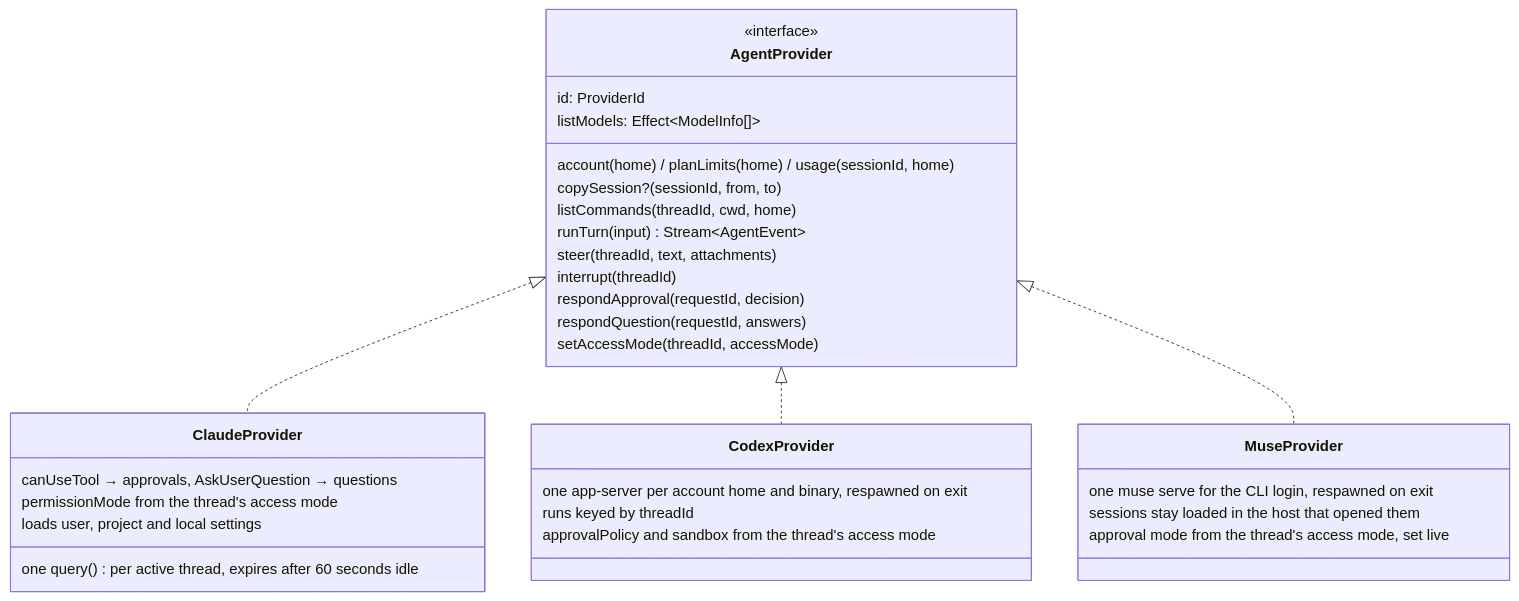
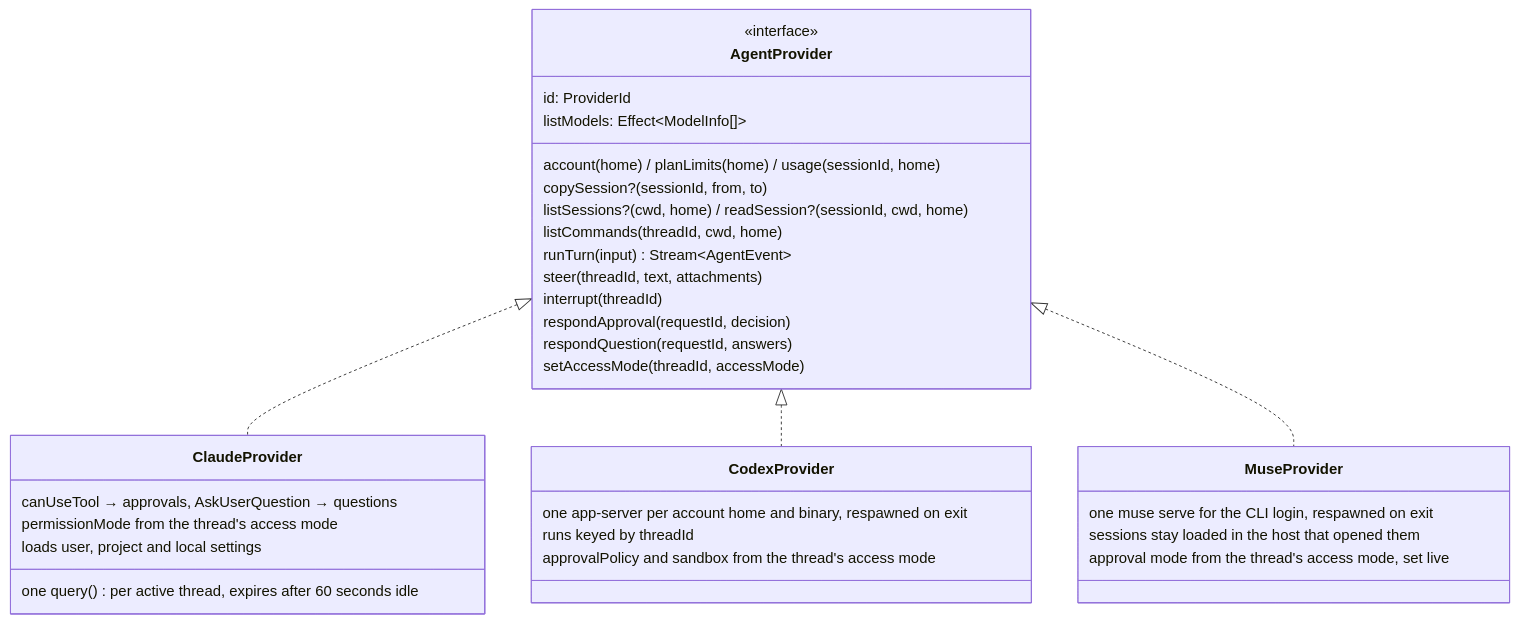
One commit to hinadev-ai/hinacode changed the fifth of 17 diagrams in docs/arch.md. Above: the diagram before and after it, drawn with Mermaid. The commit also changed other lines of this file and 17 other files, not shown here.

First line of the commit message:
feat(sessions): import a session as a thread

````diff
--- a/docs/arch.md
+++ b/docs/arch.md
@@ -153,36 +153,37 @@
 ```mermaid
 classDiagram
   class AgentProvider {
     <<interface>>
     id: ProviderId
     listModels: Effect~ModelInfo[]~
     account(home) / planLimits(home) / usage(sessionId, home)
     copySession?(sessionId, from, to)
+    listSessions?(cwd, home) / readSession?(sessionId, cwd, home)
     listCommands(threadId, cwd, home)
     runTurn(input) Stream~AgentEvent~
     steer(threadId, text, attachments)
     interrupt(threadId)
     respondApproval(requestId, decision)
     respondQuestion(requestId, answers)
     setAccessMode(threadId, accessMode)
   }
   class ClaudeProvider {
     one query() per active thread, expires after 60 seconds idle
     canUseTool → approvals, AskUserQuestion → questions
     permissionMode from the thread's access mode
     loads user, project and local settings
   }
   class CodexProvider {
     one app-server per account home and binary, respawned on exit
     runs keyed by threadId
     approvalPolicy and sandbox from the thread's access mode
   }
   class MuseProvider {
     one muse serve for the CLI login, respawned on exit
     sessions stay loaded in the host that opened them
     approval mode from the thread's access mode, set live
   }
   AgentProvider <|.. ClaudeProvider
   AgentProvider <|.. CodexProvider
   AgentProvider <|.. MuseProvider
 ```
````
